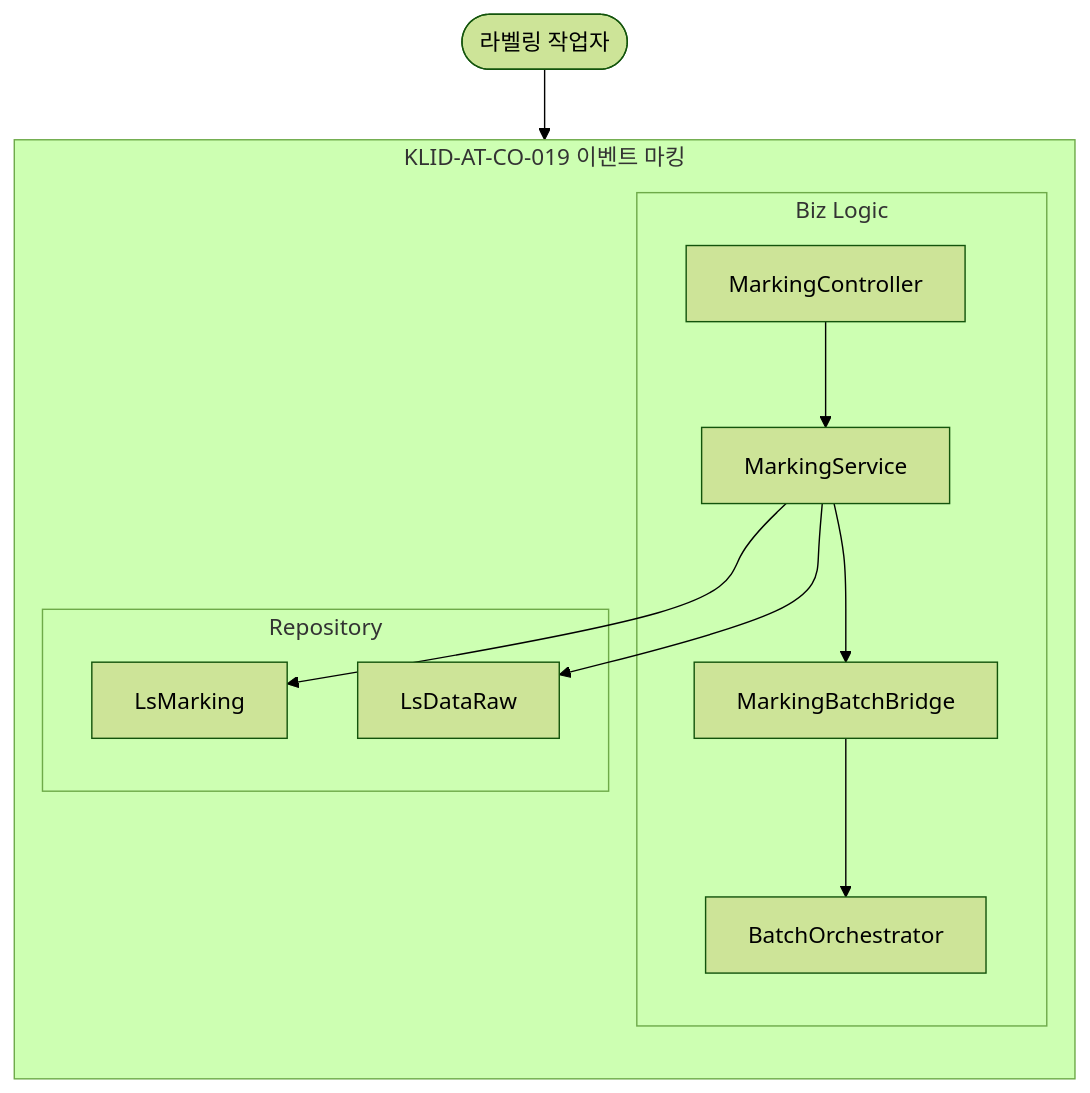
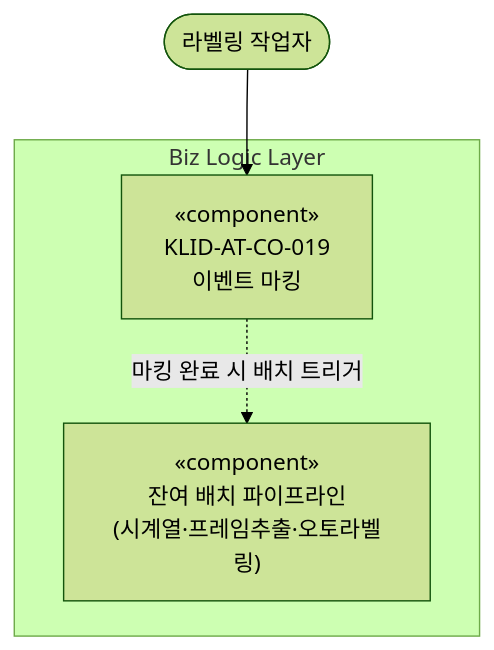
One commit to New-stella/klid-label changed diagram 15 of 18 in docs/design/D3-컴포넌트설계서.md. Above: the diagram before and after it, drawn with Mermaid (forest theme). The commit also changed other lines of this file and 10 other files, not shown here.

````diff
--- a/docs/design/D3-컴포넌트설계서.md
+++ b/docs/design/D3-컴포넌트설계서.md
@@ -469,23 +306,10 @@
 ```mermaid
 flowchart TD
     WORKER([라벨링 작업자])
-    subgraph CO019[KLID-AT-CO-019 이벤트 마킹]
-        direction TB
-        subgraph BIZ19[Biz Logic]
-            MC[MarkingController]
-            MS[MarkingService]
-            MBB[MarkingBatchBridge]
-            BO[BatchOrchestrator]
-        end
-        subgraph REP19[Repository]
-            MRK[LsMarking]
-            RAW19[LsDataRaw]
-        end
-        MC --> MS
-        MS --> RAW19
-        MS --> MRK
-        MS --> MBB
-        MBB --> BO
+    subgraph BIZ19[Biz Logic Layer]
+        CO019["«component»<br/>KLID-AT-CO-019<br/>이벤트 마킹"]
+        BATCHC["«component»<br/>잔여 배치 파이프라인<br/>(시계열·프레임추출·오토라벨링)"]
     end
-    WORKER --> MC
+    WORKER --> CO019
+    CO019 -.마킹 완료 시 배치 트리거.-> BATCHC
 ```
````
